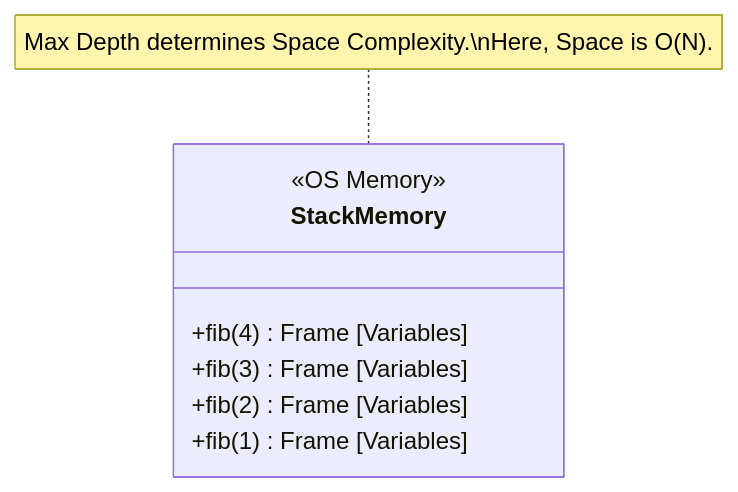
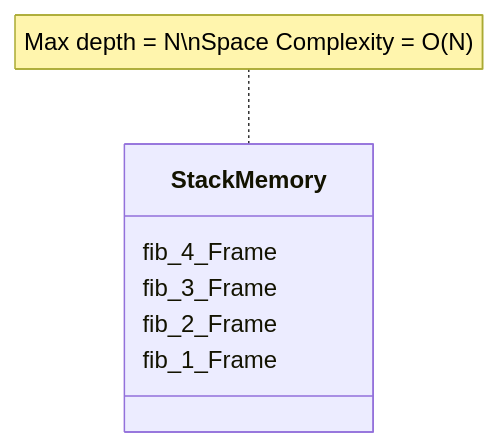
The eighth of 9 diagrams in 01-Algorithm-Analysis/01- Big O notation.md (hagaramr2005/DSA-From-Scratch), drawn with Mermaid before and after one commit. The commit also changed other lines of this file, not shown here.

````diff
--- a/01-Algorithm-Analysis/01- Big O notation.md
+++ b/01-Algorithm-Analysis/01- Big O notation.md
@@ -591,11 +603,10 @@
 ```mermaid
 classDiagram
     class StackMemory {
-      <<OS Memory>>
-      +fib(4) Frame [Variables]
-      +fib(3) Frame [Variables]
-      +fib(2) Frame [Variables]
-      +fib(1) Frame [Variables]
+        fib_4_Frame
+        fib_3_Frame
+        fib_2_Frame
+        fib_1_Frame
     }
-    note for StackMemory "Max Depth determines Space Complexity.\nHere, Space is O(N)."
+    note for StackMemory "Max depth = N\nSpace Complexity = O(N)"
 ```
````
